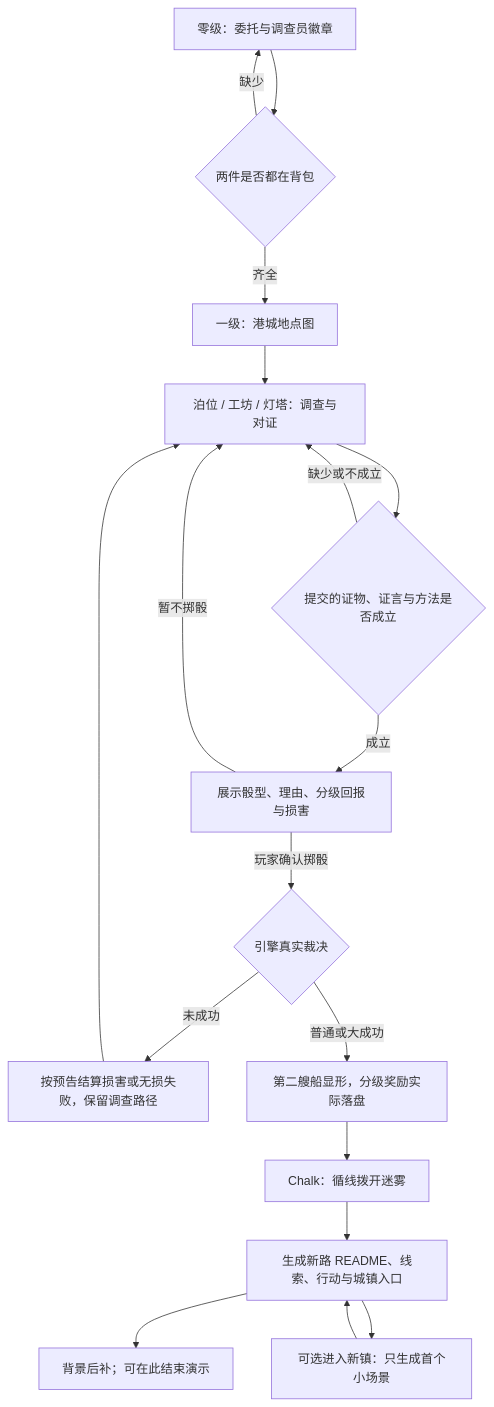
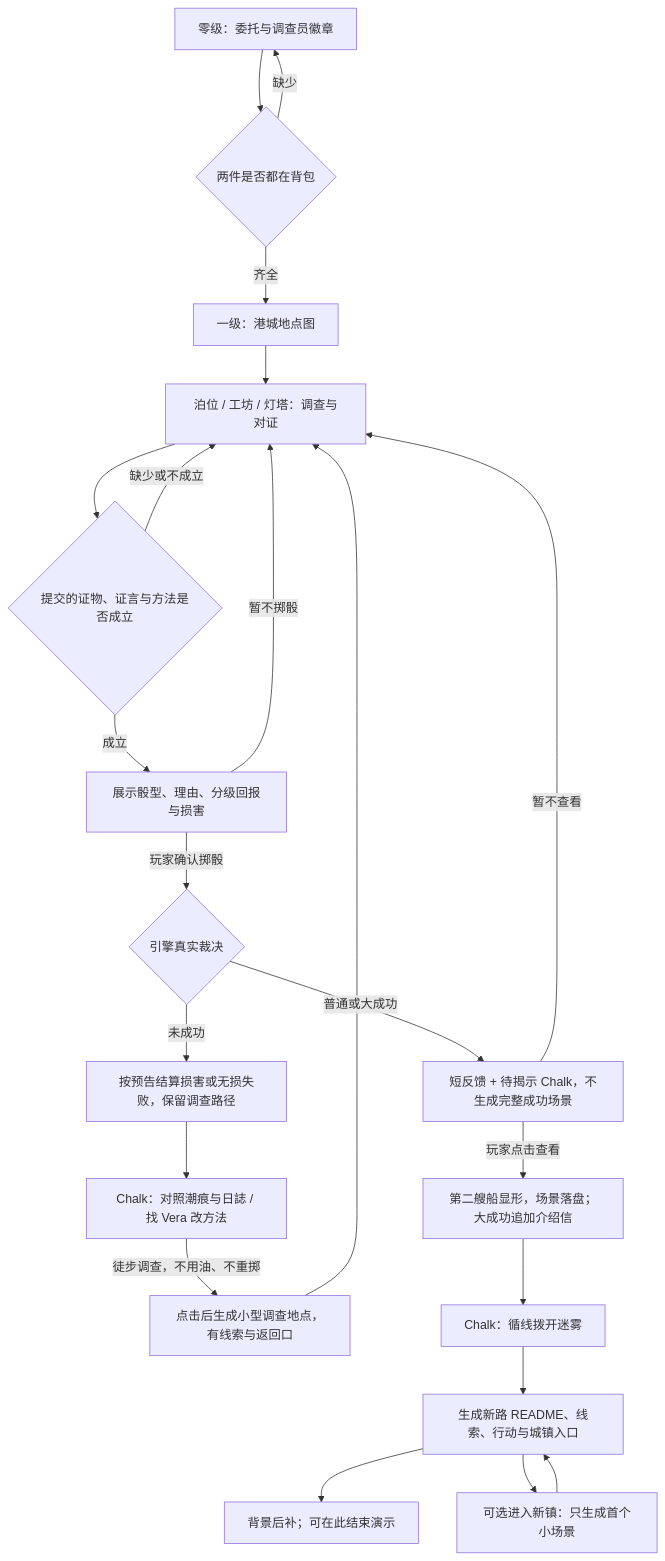
The diagram in docs/雾坞镇短闭环与AI生长验收.md (LudicDynamics/hackathon), drawn with Mermaid before and after one commit. The commit also changed other lines of this file and 4 other files, not shown here.

````diff
--- a/docs/雾坞镇短闭环与AI生长验收.md
+++ b/docs/雾坞镇短闭环与AI生长验收.md
@@ -18,20 +18,24 @@
 ```mermaid
 flowchart TD
     A[零级：委托与调查员徽章] --> K{两件是否都在背包}
     K -->|缺少| A
     K -->|齐全| B[一级：港城地点图]
     B --> C[泊位 / 工坊 / 灯塔：调查与对证]
     C --> D{提交的证物、证言与方法是否成立}
     D -->|缺少或不成立| C
     D -->|成立| R[展示骰型、理由、分级回报与损害]
     R -->|暂不掷骰| C
     R -->|玩家确认掷骰| S{引擎真实裁决}
     S -->|未成功| L[按预告结算损害或无损失败，保留调查路径]
-    L --> C
-    S -->|普通或大成功| E[第二艘船显形，分级奖励实际落盘]
+    L --> J[Chalk：对照潮痕与日誌 / 找 Vera 改方法]
+    J -->|徒步调查，不用油、不重掷| V[点击后生成小型调查地点，有线索与返回口]
+    V --> C
+    S -->|普通或大成功| P[短反馈 + 待揭示 Chalk，不生成完整成功场景]
+    P -->|玩家点击查看| E[第二艘船显形，场景落盘；大成功追加介绍信]
+    P -->|暂不查看| C
     E --> F[Chalk：循线拨开迷雾]
     F --> G[生成新路 README、线索、行动与城镇入口]
     G --> H[背景后补；可在此结束演示]
     G --> I[可选进入新镇：只生成首个小场景]
     I --> G
 ```
````
